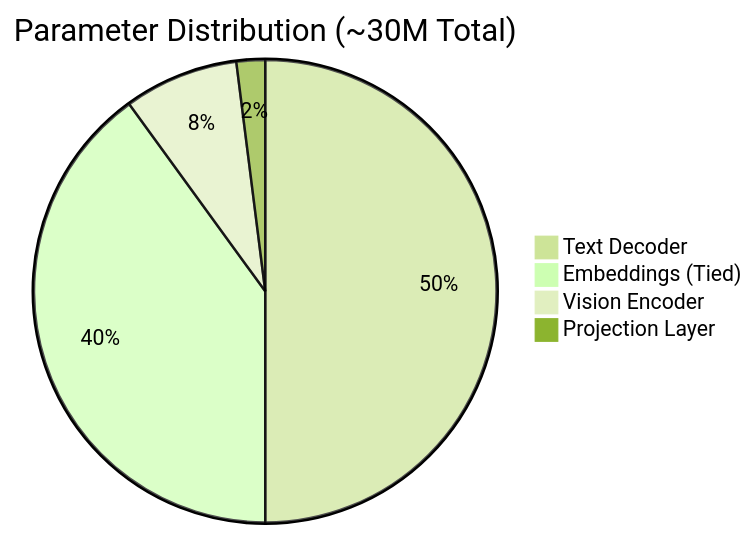
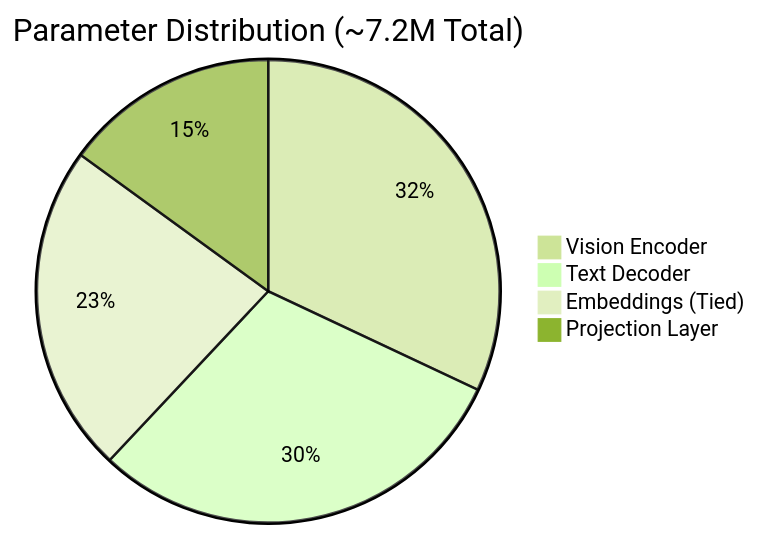
One commit to rishi02102017/Metafusion-Task changed the third of 10 diagrams in README.md. Above: the diagram before and after it, drawn with Mermaid (forest theme). The commit also changed other lines of this file, not shown here.

````diff
--- a/README.md
+++ b/README.md
@@ -204,7 +204,7 @@
 ```mermaid
-pie title Parameter Distribution (~30M Total)
-    "Text Decoder" : 50
-    "Embeddings (Tied)" : 40
-    "Vision Encoder" : 8
-    "Projection Layer" : 2
+pie title Parameter Distribution (~7.2M Total)
+    "Vision Encoder" : 32
+    "Text Decoder" : 30
+    "Embeddings (Tied)" : 23
+    "Projection Layer" : 15
 ```
````
